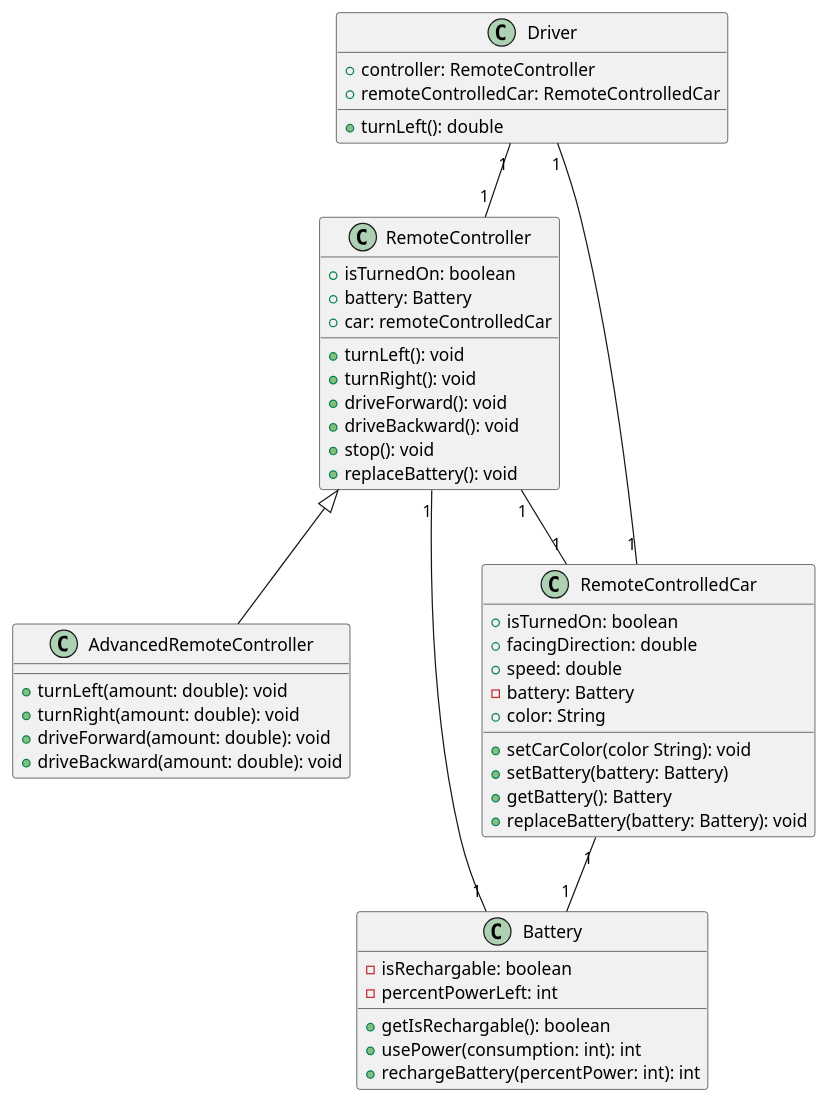
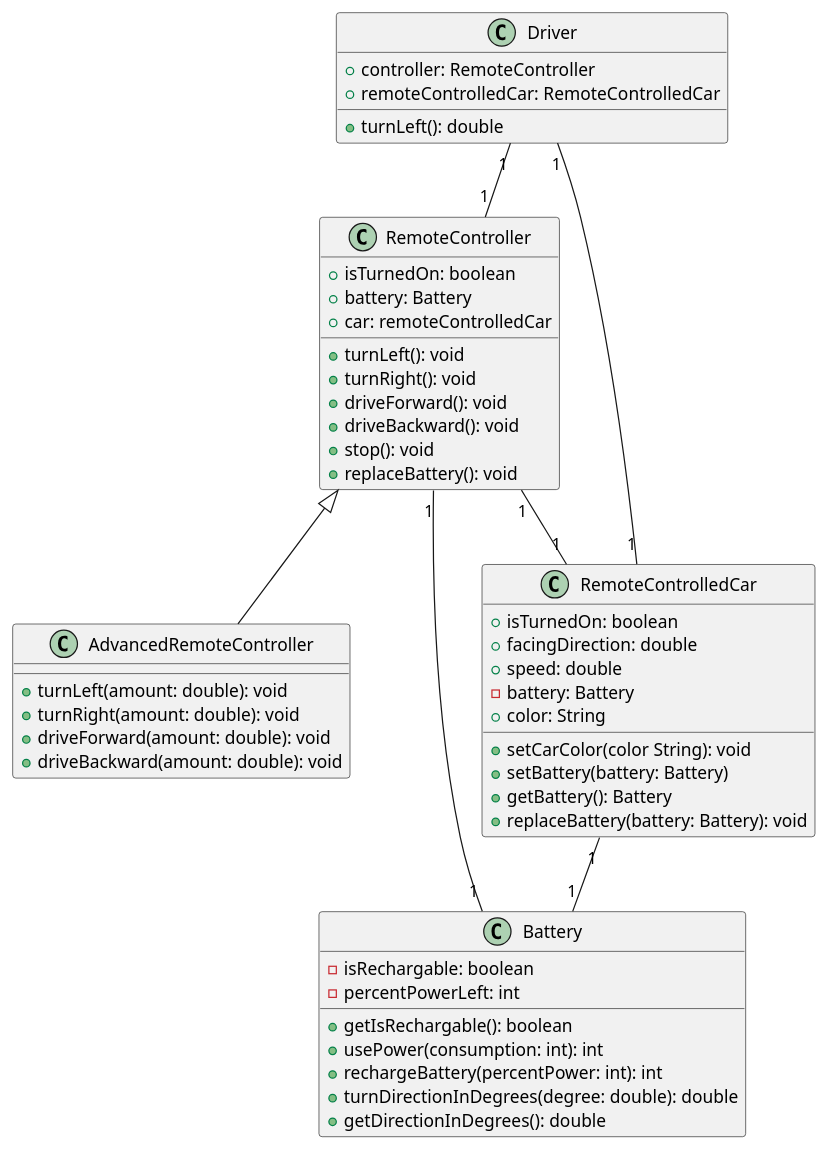
Before and after one commit to boolean-uk/java-tdd-oop-encapsulation: the diagram in Exercise2.puml, drawn with PlantUML. The commit also changed 2 other files, not shown here.

Commit message:
added more tests and changed diagram

```diff
--- a/Exercise2.puml
+++ b/Exercise2.puml
@@ -1,64 +1,66 @@
 @startuml
 class Driver{
     + controller: RemoteController
     + remoteControlledCar: RemoteControlledCar
     + turnLeft(): double
 }
 
 class RemoteController{
     + isTurnedOn: boolean
     + battery: Battery
     + car: remoteControlledCar
     + turnLeft(): void
     + turnRight(): void
     + driveForward(): void
     + driveBackward(): void
     + stop(): void
     + replaceBattery(): void
 }
 
 class AdvancedRemoteController extends RemoteController{
     + turnLeft(amount: double): void
     + turnRight(amount: double): void
     + driveForward(amount: double): void
     + driveBackward(amount: double): void
 
 }
 
 Driver "1" -- "1" RemoteController
 Driver "1" -- "1" RemoteControlledCar
 RemoteController "1" -- "1" RemoteControlledCar
 
 
 class RemoteControlledCar{
     + isTurnedOn: boolean
     + facingDirection: double
     + speed: double
     - battery: Battery
     + color: String
     + setCarColor(color String): void
     + setBattery(battery: Battery)
     + getBattery(): Battery
     + replaceBattery(battery: Battery): void
 
 }
 
 RemoteControlledCar "1" -- "1" Battery
 RemoteController "1" -- "1" Battery
 
 
 class Battery{
     - isRechargable: boolean
     - percentPowerLeft: int
 
     + getIsRechargable(): boolean
     + usePower(consumption: int): int
     + rechargeBattery(percentPower: int): int
+    + turnDirectionInDegrees(degree: double): double
+    + getDirectionInDegrees(): double
 
 
 ' for a more complete system then i would probably use
 ' an interface for electronic components and keep
 ' battery functions together.
 }
 
 @enduml
```
